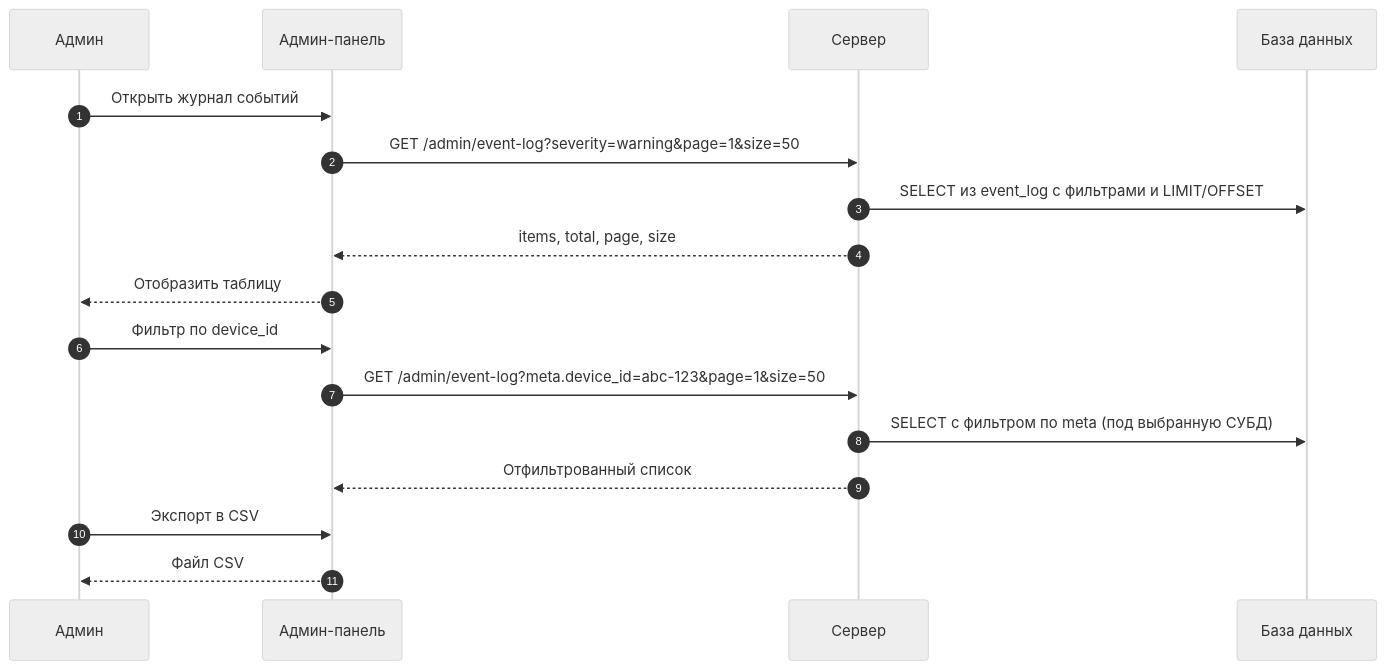
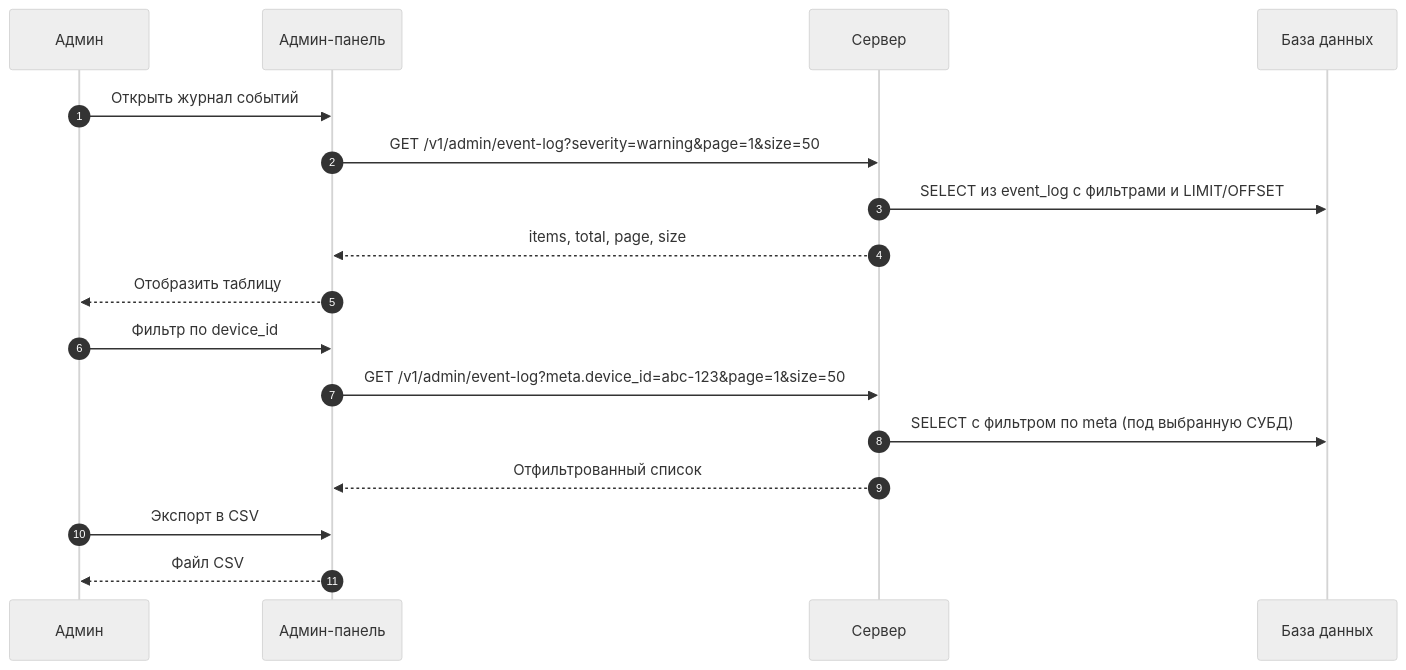
Before and after one commit to SP4CEVI/iasu-2.0: diagram 13 of 13 in concept.md, drawn with Mermaid (neutral theme). The commit also changed other lines of this file, not shown here.

````diff
--- a/concept.md
+++ b/concept.md
@@ -1218,20 +1252,20 @@
 ```mermaid
 sequenceDiagram
     autonumber
     participant Admin as Админ
     participant Web as Админ-панель
     participant API as Сервер
     participant DB as База данных
 
     Admin->>Web: Открыть журнал событий
-    Web->>API: GET /admin/event-log?severity=warning&page=1&size=50
+    Web->>API: GET /v1/admin/event-log?severity=warning&page=1&size=50
     API->>DB: SELECT из event_log с фильтрами и LIMIT/OFFSET
     API-->>Web: items, total, page, size
     Web-->>Admin: Отобразить таблицу
     Admin->>Web: Фильтр по device_id
-    Web->>API: GET /admin/event-log?meta.device_id=abc-123&page=1&size=50
+    Web->>API: GET /v1/admin/event-log?meta.device_id=abc-123&page=1&size=50
     API->>DB: SELECT с фильтром по meta (под выбранную СУБД)
     API-->>Web: Отфильтрованный список
     Admin->>Web: Экспорт в CSV
     Web-->>Admin: Файл CSV
 ```
````
